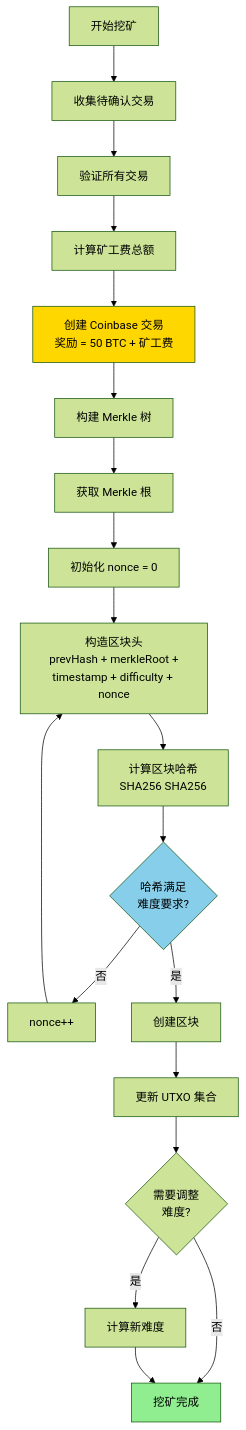
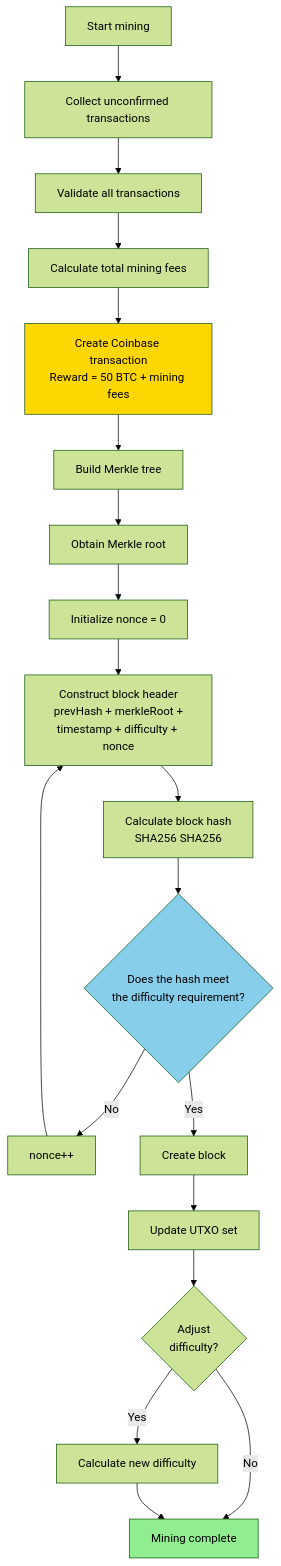
One commit to stefanSuYiGuo/bitcoin-simplifier changed the eighth of 8 diagrams in docs/TECH_DESIGN.md. Above: the diagram before and after it, drawn with Mermaid (forest theme). The commit also changed other lines of this file, not shown here.

Commit message:
Detail the system architecture and component interactions

````diff
--- a/docs/TECH_DESIGN.md
+++ b/docs/TECH_DESIGN.md
@@ -916,29 +916,29 @@
 ```mermaid
 flowchart TD
-    START[开始挖矿] --> A[收集待确认交易]
-    A --> B[验证所有交易]
-    B --> C[计算矿工费总额]
-    C --> D[创建 Coinbase 交易<br/>奖励 = 50 BTC + 矿工费]
-    D --> E[构建 Merkle 树]
-    E --> F[获取 Merkle 根]
-    F --> G[初始化 nonce = 0]
+    START[Start mining] --> A[Collect unconfirmed transactions]
+    A --> B[Validate all transactions]
+    B --> C[Calculate total mining fees]
+    C --> D[Create Coinbase transaction<br/>Reward = 50 BTC + mining fees]
+    D --> E[Build Merkle tree]
+    E --> F[Obtain Merkle root]
+    F --> G[Initialize nonce = 0]
     
-    G --> H[构造区块头<br/>prevHash + merkleRoot +<br/>timestamp + difficulty + nonce]
-    H --> I[计算区块哈希<br/>SHA256 SHA256]
-    I --> J{哈希满足<br/>难度要求?}
+    G --> H[Construct block header<br/>prevHash + merkleRoot +<br/>timestamp + difficulty + nonce]
+    H --> I[Calculate block hash<br/>SHA256 SHA256]
+    I --> J{Does the hash meet<br/>the difficulty requirement?}
     
-    J -->|否| K[nonce++]
+    J -->|No| K[nonce++]
     K --> H
     
-    J -->|是| L[创建区块]
-    L --> M[更新 UTXO 集合]
-    M --> N{需要调整<br/>难度?}
+    J -->|Yes| L[Create block]
+    L --> M[Update UTXO set]
+    M --> N{Adjust<br/>difficulty?}
     
-    N -->|是| O[计算新难度]
-    N -->|否| P[挖矿完成]
+    N -->|Yes| O[Calculate new difficulty]
+    N -->|No| P[Mining complete]
     O --> P
     
     style D fill:#FFD700
     style J fill:#87CEEB
     style P fill:#90EE90
 ```
````
